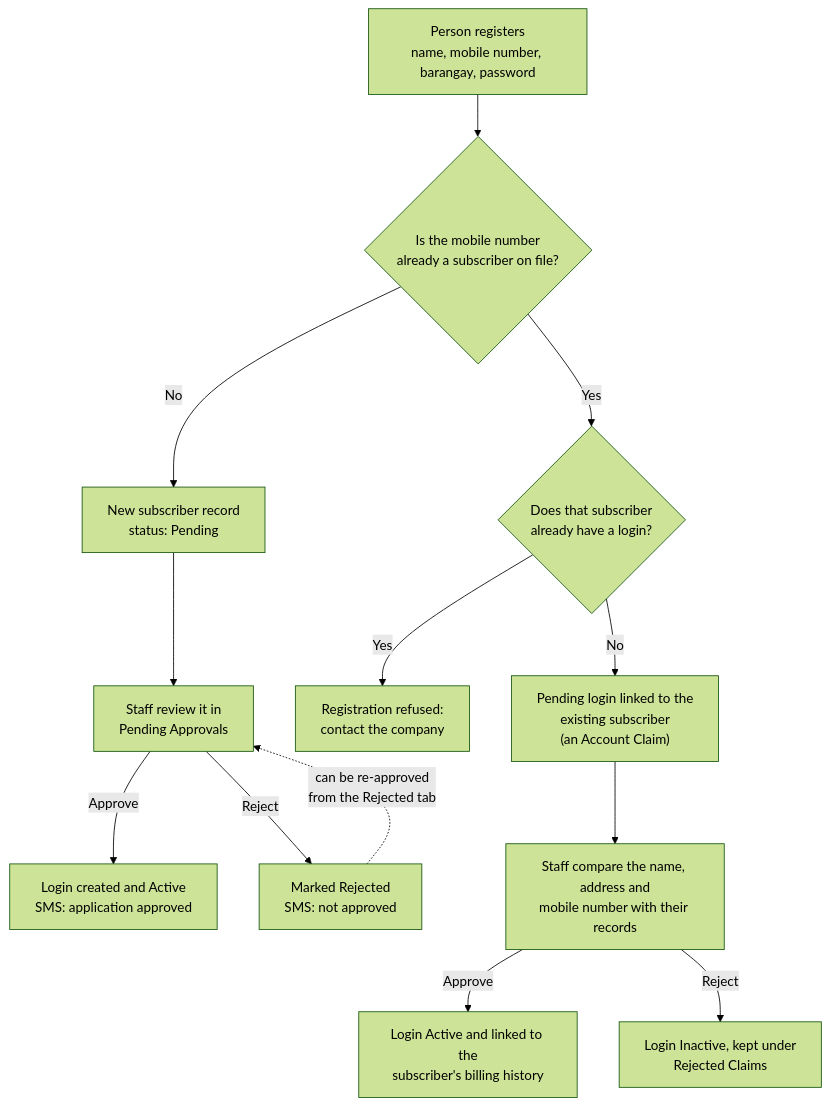
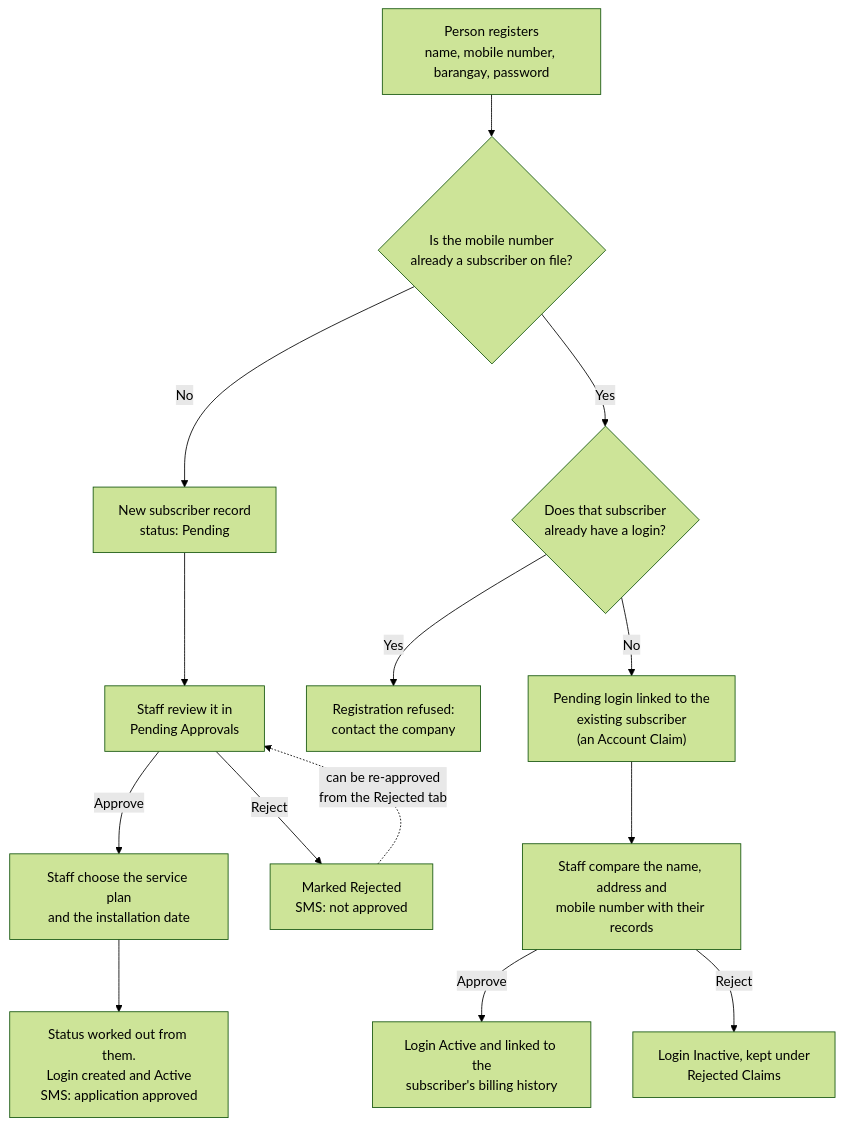
The first of 10 diagrams in docs/flowcharts.md (krulciferikaru/SWIFT), drawn with Mermaid (forest theme) before and after one commit. The commit also changed 10 other files, not shown here.

First line of the commit message:
Choose the plan and installation date when approving a registration

````diff
--- a/docs/flowcharts.md
+++ b/docs/flowcharts.md
@@ -11,17 +11,18 @@
 ```mermaid
 flowchart TD
   A["Person registers<br/>name, mobile number, barangay, password"] --> B{"Is the mobile number<br/>already a subscriber on file?"}
 
   B -- "No" --> C["New subscriber record<br/>status: Pending"]
   C --> D["Staff review it in<br/>Pending Approvals"]
-  D -- "Approve" --> E["Login created and Active<br/>SMS: application approved"]
+  D -- "Approve" --> D2["Staff choose the service plan<br/>and the installation date"]
+  D2 --> E["Status worked out from them.<br/>Login created and Active<br/>SMS: application approved"]
   D -- "Reject" --> F["Marked Rejected<br/>SMS: not approved"]
   F -. "can be re-approved<br/>from the Rejected tab" .-> D
 
   B -- "Yes" --> G{"Does that subscriber<br/>already have a login?"}
   G -- "Yes" --> H["Registration refused:<br/>contact the company"]
   G -- "No" --> I["Pending login linked to the<br/>existing subscriber<br/>(an Account Claim)"]
   I --> J["Staff compare the name, address and<br/>mobile number with their records"]
   J -- "Approve" --> K["Login Active and linked to the<br/>subscriber's billing history"]
   J -- "Reject" --> L["Login Inactive, kept under<br/>Rejected Claims"]
 ```
````
